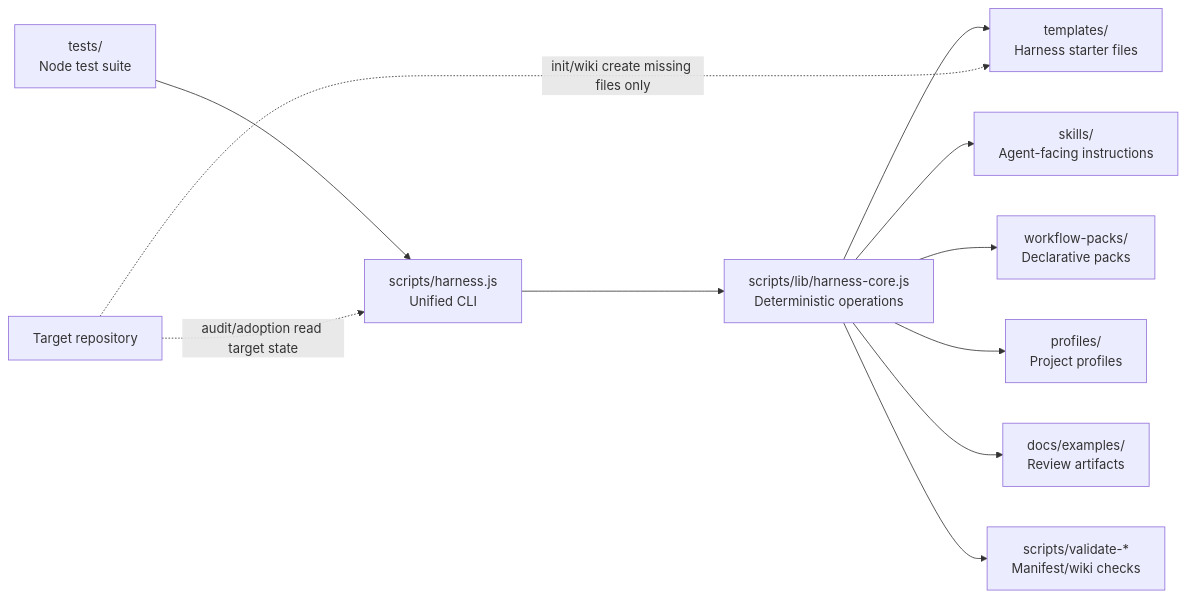
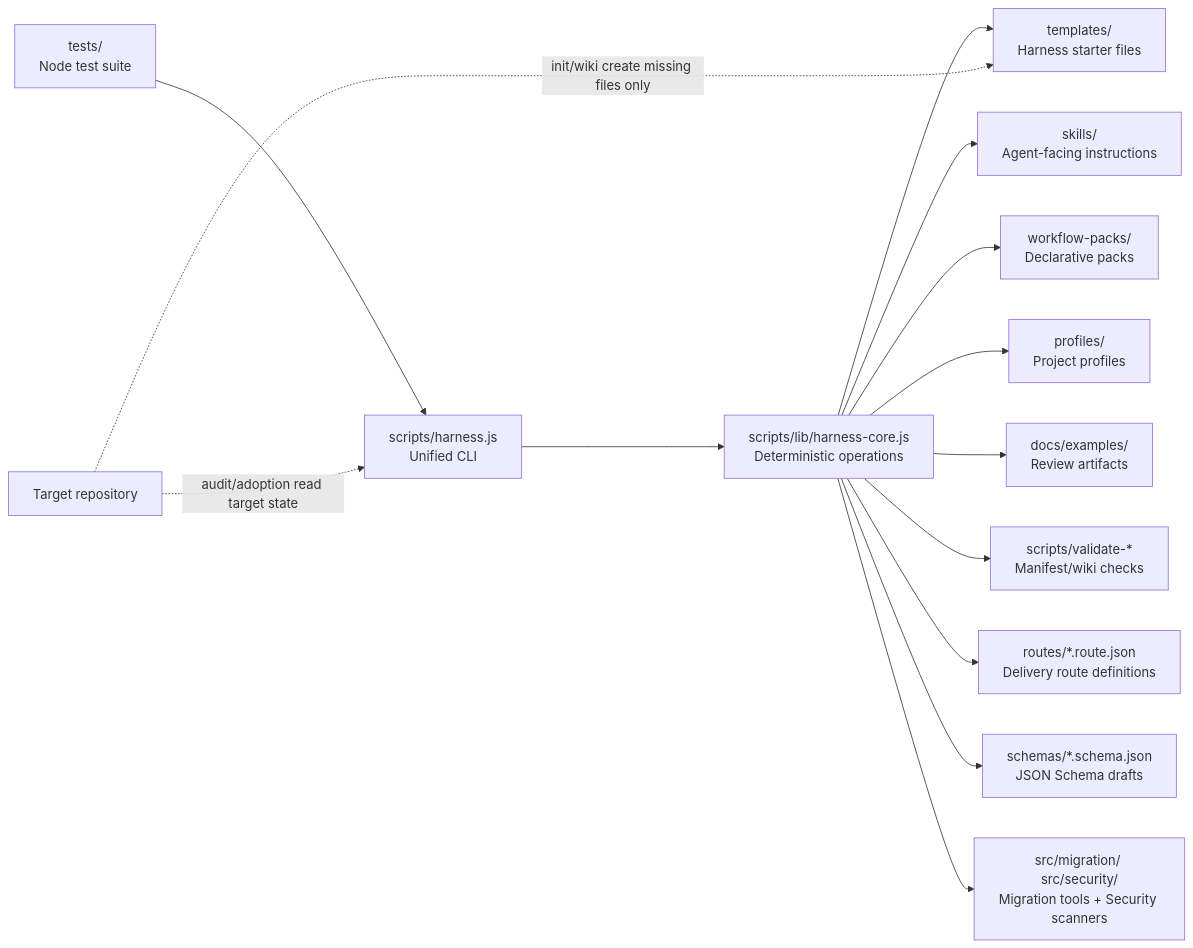
One commit to Bandersnatch0x/amber-protocol changed the diagram in README.md. Above: the diagram before and after it, drawn with Mermaid. The commit also changed other lines of this file and 14 other files, not shown here.

````diff
--- a/README.md
+++ b/README.md
@@ -15,14 +15,17 @@
 ```mermaid
 flowchart LR
   CLI["scripts/harness.js<br/>Unified CLI"] --> Core["scripts/lib/harness-core.js<br/>Deterministic operations"]
   Core --> Templates["templates/<br/>Harness starter files"]
   Core --> Skills["skills/<br/>Agent-facing instructions"]
   Core --> Packs["workflow-packs/<br/>Declarative packs"]
   Core --> Profiles["profiles/<br/>Project profiles"]
   Core --> Examples["docs/examples/<br/>Review artifacts"]
   Core --> Validators["scripts/validate-*<br/>Manifest/wiki checks"]
+  Core --> Routes["routes/*.route.json<br/>Delivery route definitions"]
+  Core --> Schemas["schemas/*.schema.json<br/>JSON Schema drafts"]
+  Core --> PhaseB["src/migration/ src/security/<br/>Migration tools + Security scanners"]
   Tests["tests/<br/>Node test suite"] --> CLI
 
   Target["Target repository"] -. "init/wiki create missing files only" .-> Templates
   Target -. "audit/adoption read target state" .-> CLI
 ```
````
